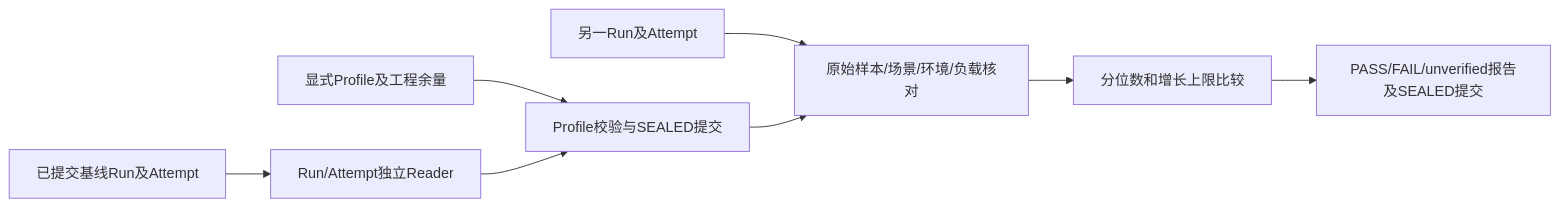
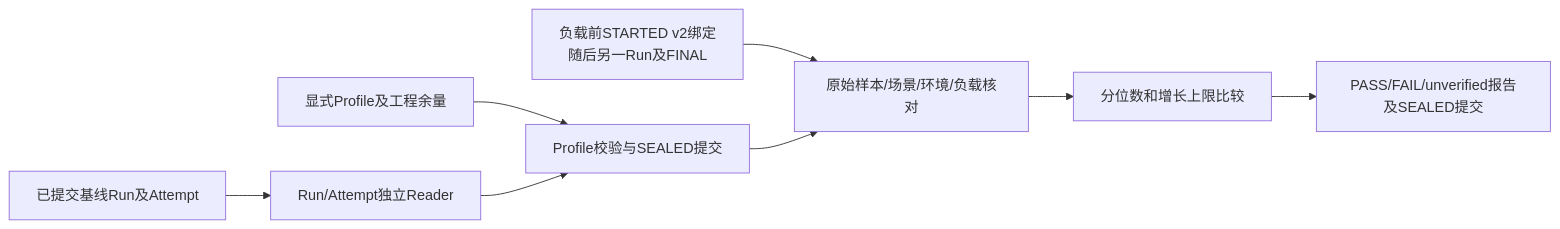
One commit to carrie1988/Harnessix changed the first of 2 diagrams in docs/changes/m09-3d-threshold-verification.md. Above: the diagram before and after it, drawn with Mermaid. The commit also changed other lines of this file and 3 other files, not shown here.

````diff
--- a/docs/changes/m09-3d-threshold-verification.md
+++ b/docs/changes/m09-3d-threshold-verification.md
@@ -40,10 +40,10 @@
 ```mermaid
 flowchart LR
     Base[已提交基线Run及Attempt] --> Reader[Run/Attempt独立Reader]
     Frozen[显式Profile及工程余量] --> Profile[Profile校验与SEALED提交]
     Reader --> Profile
-    Candidate[另一Run及Attempt] --> Check[原始样本/场景/环境/负载核对]
+    Candidate[负载前STARTED v2绑定<br/>随后另一Run及FINAL] --> Check[原始样本/场景/环境/负载核对]
     Profile --> Check
     Check --> Compare[分位数和增长上限比较]
     Compare --> Report[PASS/FAIL/unverified报告及SEALED提交]
 ```
````
